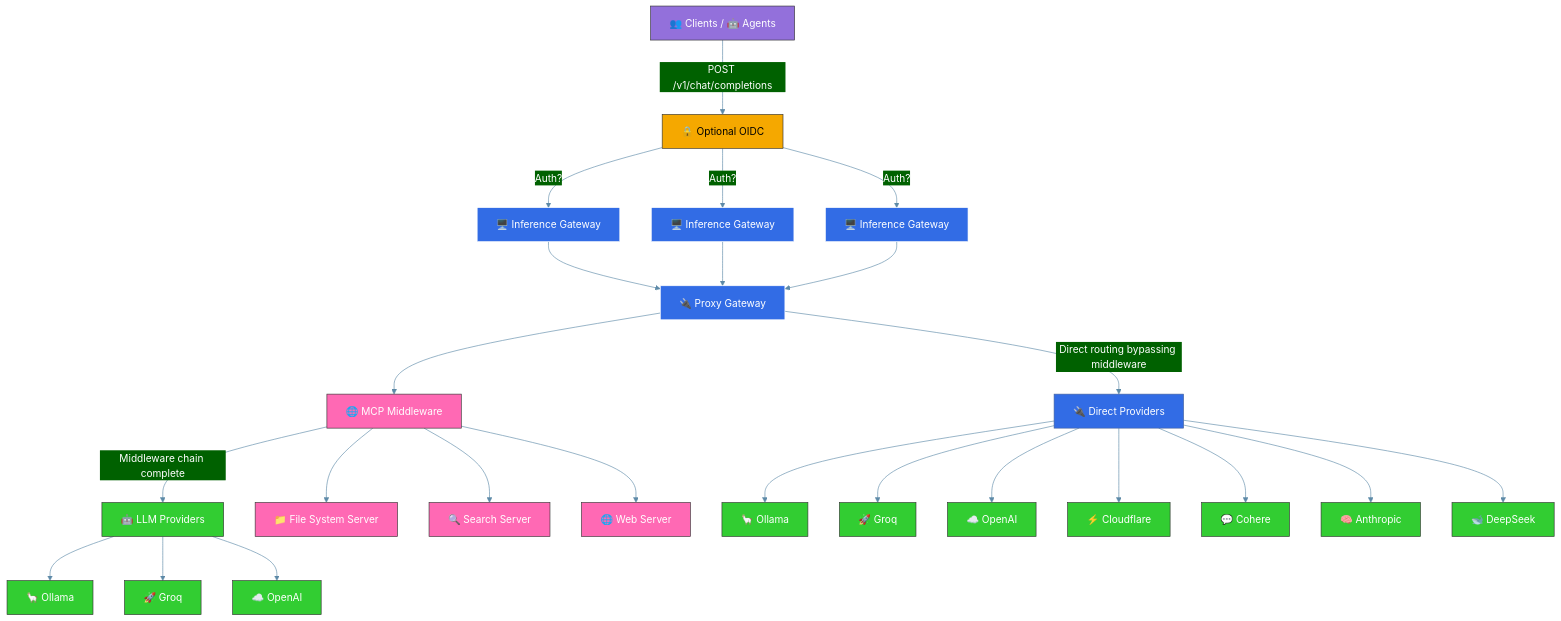
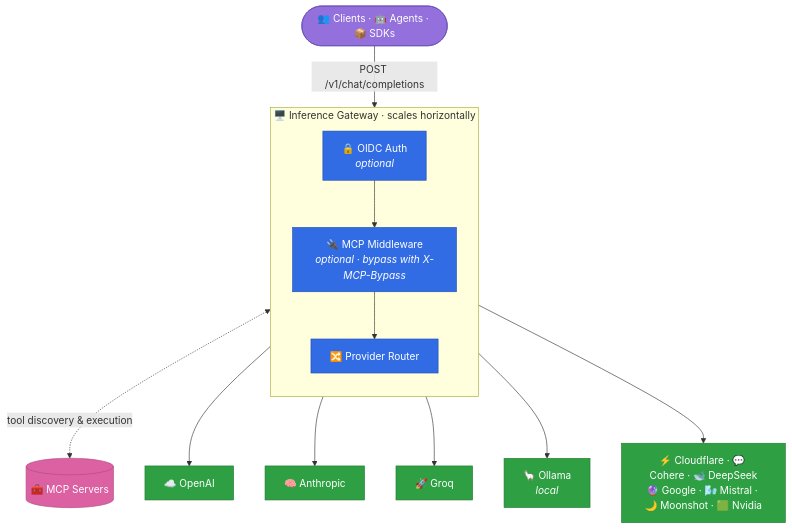
One commit to inference-gateway/inference-gateway changed the diagram in README.md. Above: the diagram before and after it, drawn with Mermaid. The commit also changed other lines of this file and 1 other file, not shown here.

Commit message:
docs: restyle README with hero terminal, feature table, cleaner diagram

````diff
--- a/README.md
+++ b/README.md
@@ -95,57 +80,29 @@
 ```mermaid
-%%{init: {'theme': 'base', 'themeVariables': { 'primaryColor': '#326CE5', 'primaryTextColor': '#fff', 'lineColor': '#5D8AA8', 'secondaryColor': '#006100' }, 'fontFamily': 'Arial', 'flowchart': {'nodeSpacing': 50, 'rankSpacing': 70, 'padding': 15}}}%%
+flowchart TD
+    Clients(["👥 Clients · 🤖 Agents · 📦 SDKs"])
+    Clients -->|"POST /v1/chat/completions"| Auth
 
+    subgraph Gateway["🖥️ Inference Gateway · scales horizontally"]
+        direction TB
+        Auth["🔒 OIDC Auth<br/><i>optional</i>"] --> MCP["🔌 MCP Middleware<br/><i>optional · bypass with X-MCP-Bypass</i>"]
+        MCP --> Router["🔀 Provider Router"]
+    end
 
-graph TD
-    %% Client nodes
-    A["👥 Clients / 🤖 Agents"] --> |POST /v1/chat/completions| Auth
+    MCP <-.->|"tool discovery & execution"| Tools[("🧰 MCP Servers")]
 
-    %% Auth node
-    Auth["🔒 Optional OIDC"] --> |Auth?| IG1
-    Auth --> |Auth?| IG2
-    Auth --> |Auth?| IG3
+    Router --> OpenAI["☁️ OpenAI"]
+    Router --> Anthropic["🧠 Anthropic"]
+    Router --> Groq["🚀 Groq"]
+    Router --> Ollama["🦙 Ollama<br/><i>local</i>"]
+    Router --> Others["⚡ Cloudflare · 💬 Cohere · 🐋 DeepSeek<br/>🔮 Google · 🌬️ Mistral · 🌙 Moonshot · 🟩 Nvidia"]
 
-    %% Gateway nodes
-    IG1["🖥️ Inference Gateway"] --> P
-    IG2["🖥️ Inference Gateway"] --> P
-    IG3["🖥️ Inference Gateway"] --> P
+    classDef client fill:#9370DB,stroke:#6A4FB6,stroke-width:1px,color:#fff;
+    classDef gw fill:#326CE5,stroke:#1E4FB0,stroke-width:1px,color:#fff;
+    classDef provider fill:#2EA043,stroke:#1F7A32,stroke-width:1px,color:#fff;
+    classDef mcp fill:#DB61A2,stroke:#B04A82,stroke-width:1px,color:#fff;
 
-    %% Middleware Processing and Direct Routing
-    P["🔌 Proxy Gateway"] --> MCP["🌐 MCP Middleware"]
-    P --> |"Direct routing bypassing middleware"| Direct["🔌 Direct Providers"]
-    MCP --> |"Middleware chain complete"| Providers["🤖 LLM Providers"]
-
-    %% MCP Tool Servers
-    MCP --> MCP1["📁 File System Server"]
-    MCP --> MCP2["🔍 Search Server"]
-    MCP --> MCP3["🌐 Web Server"]
-
-    %% LLM Providers (Middleware Enhanced)
-    Providers --> C1["🦙 Ollama"]
-    Providers --> D1["🚀 Groq"]
-    Providers --> E1["☁️ OpenAI"]
-
-    %% Direct Providers (Bypass Middleware)
-    Direct --> C["🦙 Ollama"]
-    Direct --> D["🚀 Groq"]
-    Direct --> E["☁️ OpenAI"]
-    Direct --> G["⚡ Cloudflare"]
-    Direct --> H1["💬 Cohere"]
-    Direct --> H2["🧠 Anthropic"]
-    Direct --> H3["🐋 DeepSeek"]
-
-    %% Define styles
-    classDef client fill:#9370DB,stroke:#333,stroke-width:1px,color:white;
-    classDef auth fill:#F5A800,stroke:#333,stroke-width:1px,color:black;
-    classDef gateway fill:#326CE5,stroke:#fff,stroke-width:1px,color:white;
-    classDef provider fill:#32CD32,stroke:#333,stroke-width:1px,color:white;
-    classDef mcp fill:#FF69B4,stroke:#333,stroke-width:1px,color:white;
-
-    %% Apply styles
-    class A client;
-    class Auth auth;
-    class IG1,IG2,IG3,P gateway;
-    class C,D,E,G,H1,H2,H3,C1,D1,E1,Providers provider;
-    class MCP,MCP1,MCP2,MCP3 mcp;
-    class Direct direct;
+    class Clients client;
+    class Auth,MCP,Router gw;
+    class OpenAI,Anthropic,Groq,Ollama,Others provider;
+    class Tools mcp;
 ```
````
